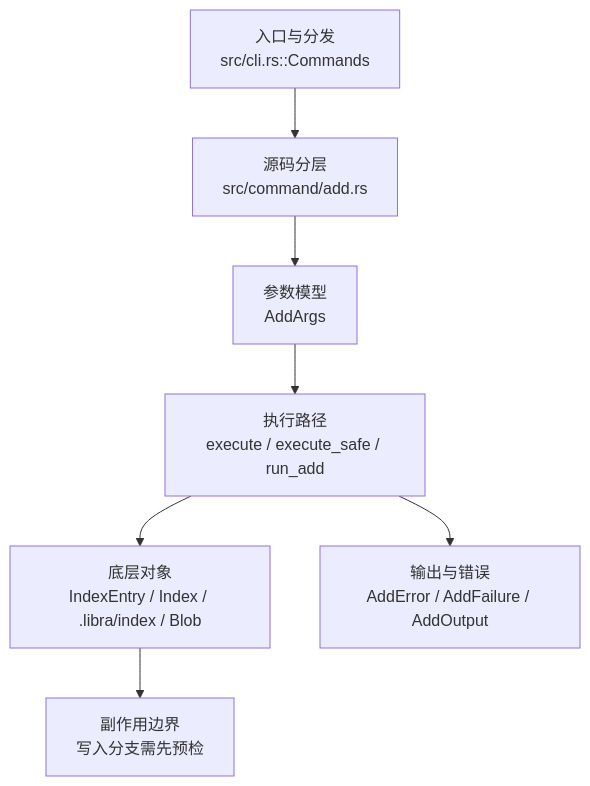
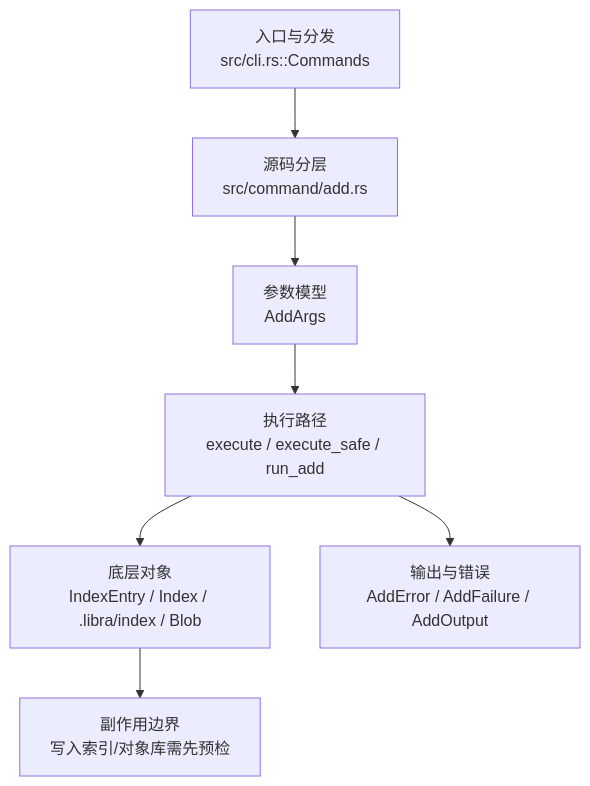
The diagram in docs/development/commands/add.md (web3infra-foundation/libra), drawn with Mermaid before and after one commit. The commit also changed other lines of this file and 65 other files, not shown here.

````diff
--- a/docs/development/commands/add.md
+++ b/docs/development/commands/add.md
@@ -23,9 +23,9 @@
 ```mermaid
 flowchart TD
     A["入口与分发<br/>src/cli.rs::Commands"] --> B["源码分层<br/>src/command/add.rs"]
     B --> C["参数模型<br/>AddArgs"]
     C --> D["执行路径<br/>execute / execute_safe / run_add"]
     D --> E["底层对象<br/>IndexEntry / Index / .libra/index / Blob"]
     D --> F["输出与错误<br/>AddError / AddFailure / AddOutput"]
-    E --> G["副作用边界<br/>写入分支需先预检"]
+    E --> G["副作用边界<br/>写入索引/对象库需先预检"]
 ```
````
